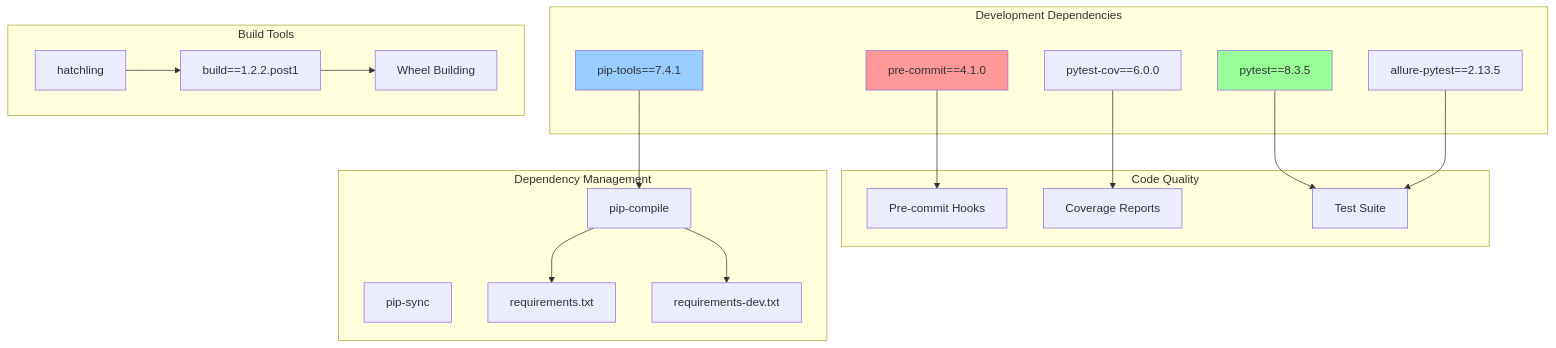
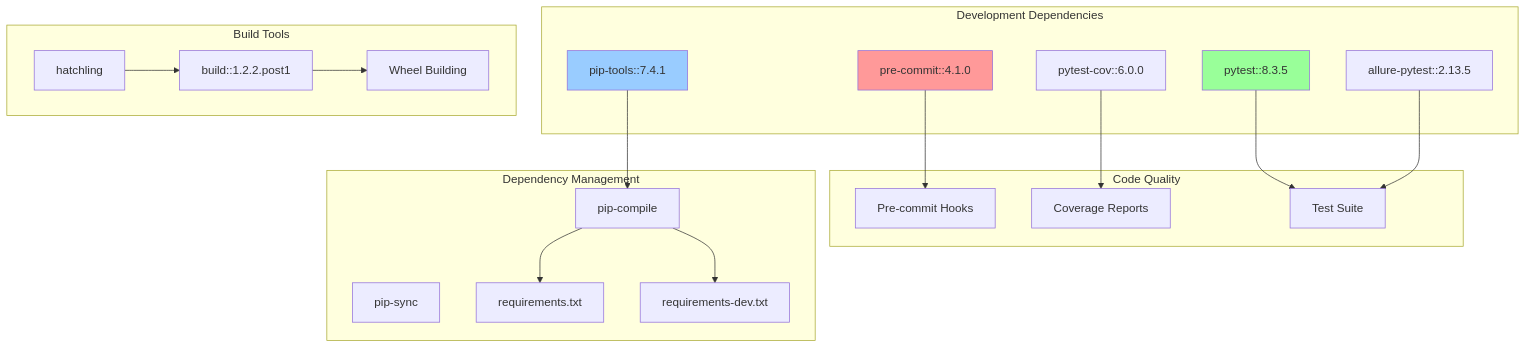
Before and after one commit to neuralinternet/docs: the fourth of 5 diagrams in src/content/docs/development/project-structure.mdx, drawn with Mermaid. The commit also changed other lines of this file and 184 other files, not shown here.

````diff
--- a/src/content/docs/development/project-structure.mdx
+++ b/src/content/docs/development/project-structure.mdx
@@ -223,45 +223,45 @@
 ```mermaid
 graph TD
     subgraph "Development Dependencies"
-        PRECOMMIT["pre-commit==4.1.0"]
-        PYTEST["pytest==8.3.5"]
-        PYTESTCOV["pytest-cov==6.0.0"]
-        ALLURE["allure-pytest==2.13.5"]
-        PIPTOOLS["pip-tools==7.4.1"]
+        PRECOMMIT["pre-commit::4.1.0"]
+        PYTEST["pytest::8.3.5"]
+        PYTESTCOV["pytest-cov::6.0.0"]
+        ALLURE["allure-pytest::2.13.5"]
+        PIPTOOLS["pip-tools::7.4.1"]
     end
     
     subgraph "Code Quality"
         HOOKS["Pre-commit Hooks"]
         COVERAGE["Coverage Reports"]
         TESTING["Test Suite"]
     end
     
     subgraph "Dependency Management"
         COMPILE["pip-compile"]
         SYNC["pip-sync"]
         LOCK["requirements.txt"]
         DEVLOCK["requirements-dev.txt"]
     end
     
     subgraph "Build Tools"
         HATCH["hatchling"]
-        BUILD["build==1.2.2.post1"]
+        BUILD["build::1.2.2.post1"]
         WHEEL_BUILD["Wheel Building"]
     end
     
     PRECOMMIT --> HOOKS
     PYTEST --> TESTING
     PYTESTCOV --> COVERAGE
     ALLURE --> TESTING
     
     PIPTOOLS --> COMPILE
     COMPILE --> LOCK
     COMPILE --> DEVLOCK
     
     HATCH --> BUILD
     BUILD --> WHEEL_BUILD
     
     style PRECOMMIT fill:#ff9999
     style PYTEST fill:#99ff99
     style PIPTOOLS fill:#99ccff
 ```
````
